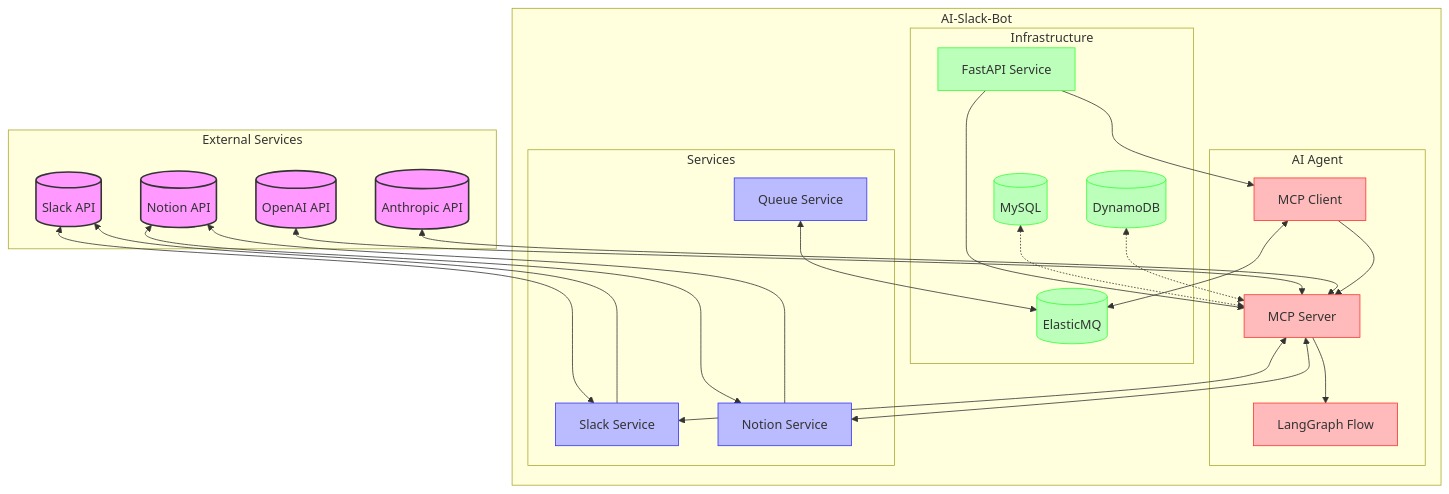
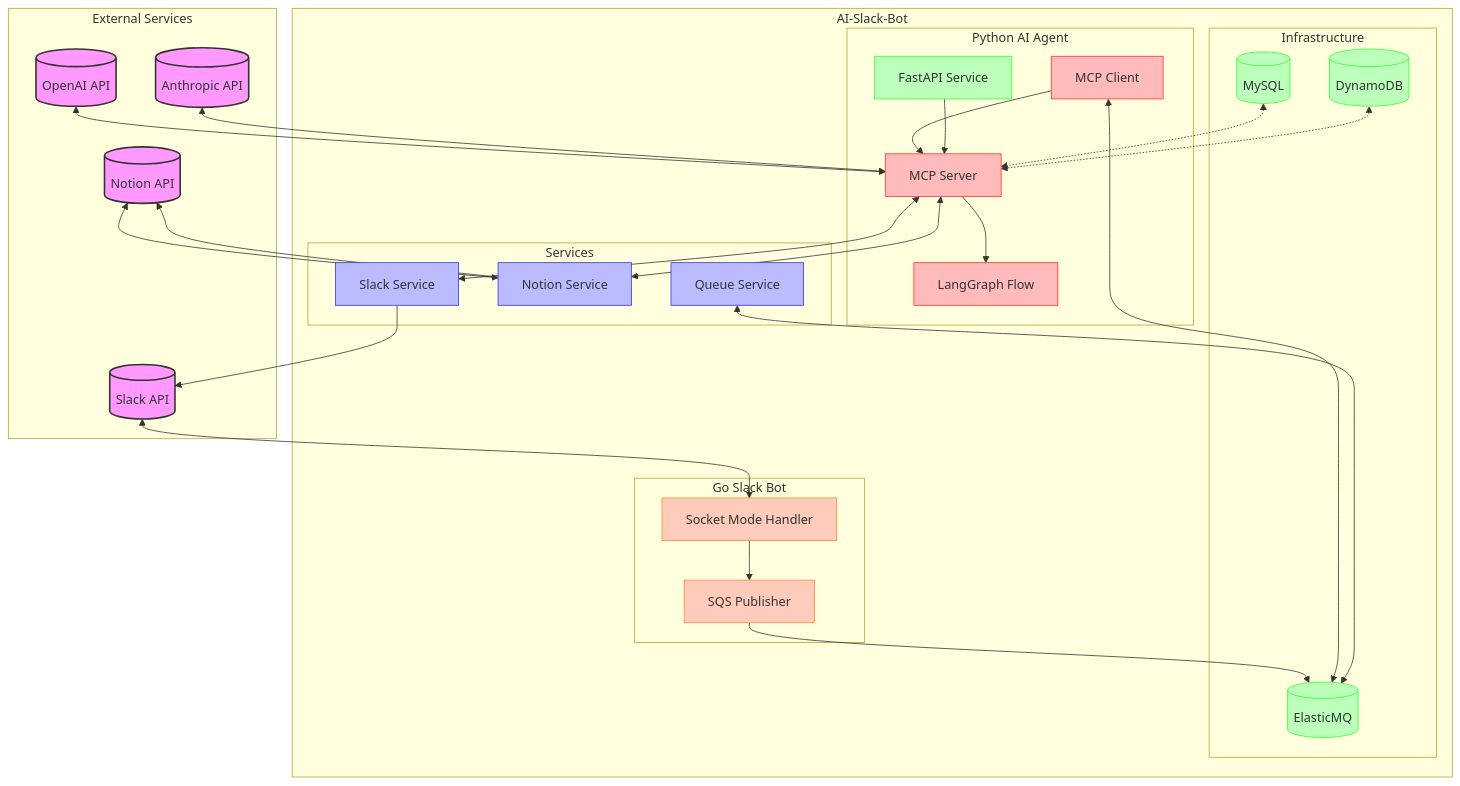
One commit to takeuchi-shogo/ai-slack-bot changed the first of 3 diagrams in ai_agent/README.md. Above: the diagram before and after it, drawn with Mermaid. The commit also changed other lines of this file and 11 other files, not shown here.

Commit message:
feat(bot,agent):add elasticQM event

````diff
--- a/ai_agent/README.md
+++ b/ai_agent/README.md
@@ -26,62 +26,71 @@
 ```mermaid
 flowchart TB
     subgraph "External Services"
         Slack[(Slack API)]
         Notion[(Notion API)]
         OpenAI[(OpenAI API)]
         Anthropic[(Anthropic API)]
     end
 
     subgraph "AI-Slack-Bot"
         subgraph "Infrastructure"
-            API[FastAPI Service]
             SQS[(ElasticMQ)]
             DB[(MySQL)]
             DDB[(DynamoDB)]
         end
         
-        subgraph "AI Agent"
+        subgraph "Go Slack Bot"
+            SlackHandler[Socket Mode Handler]
+            QueuePublisher[SQS Publisher]
+        end
+        
+        subgraph "Python AI Agent"
+            API[FastAPI Service]
             Client[MCP Client]
             Server[MCP Server]
             LGraph[LangGraph Flow]
         end
         
         subgraph "Services"
             SS[Slack Service]
             NS[Notion Service]
             QS[Queue Service]
         end
     end
     
-    Slack <--> SS
+    Slack <--> SlackHandler
+    SlackHandler --> QueuePublisher
+    QueuePublisher --> SQS
+    
+    Client <--> SQS
+    Client --> Server
+    
     Notion <--> NS
     OpenAI <--> Server
     Anthropic <--> Server
     
-    API --> Client
     API --> Server
-    
-    Client <--> SQS
-    Client --> Server
     
     Server --> LGraph
     Server <--> SS
     Server <--> NS
     
     SS --> Slack
     NS --> Notion
     QS <--> SQS
     
     DB <-.-> Server
     DDB <-.-> Server
     
     class OpenAI,Anthropic,Slack,Notion external;
     class SS,NS,QS service;
     class API,SQS,DB,DDB infrastructure;
     class Client,Server,LGraph core;
+    class SlackHandler,QueuePublisher slackbot;
     
     classDef external fill:#f9f,stroke:#333,stroke-width:2px;
     classDef service fill:#bbf,stroke:#33f,stroke-width:1px;
     classDef infrastructure fill:#bfb,stroke:#3f3,stroke-width:1px;
     classDef core fill:#fbb,stroke:#f33,stroke-width:1px;
+    classDef slackbot fill:#fcb,stroke:#f83,stroke-width:1px;
 ```
````
